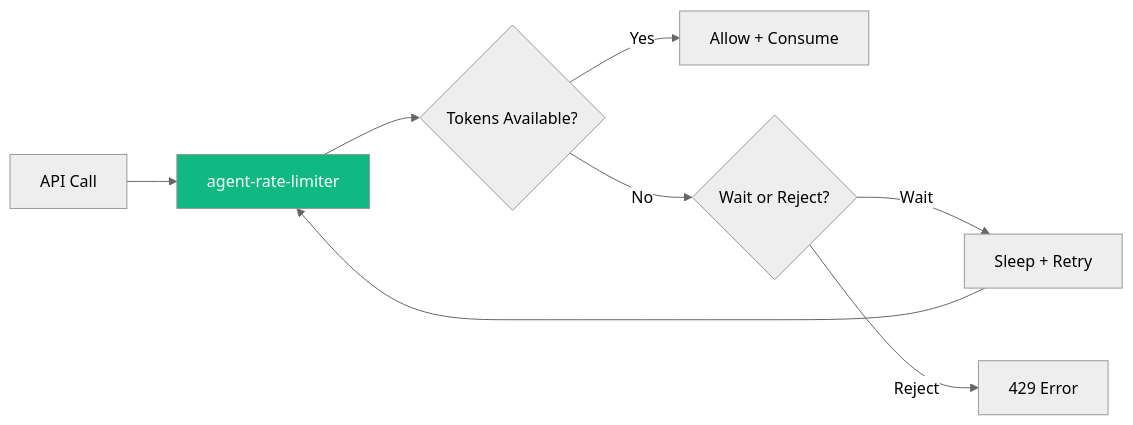
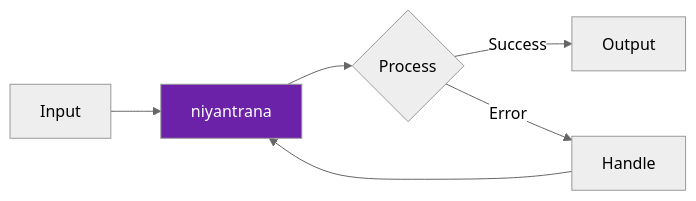
Before and after one commit to darshjme/agent-rate-limiter: the diagram in README.md, drawn with Mermaid (neutral theme). The commit also changed other lines of this file and 1 other file, not shown here.

First line of the commit message:
feat(vedic-v3): rename to niyantrana (नियंत्रण)

````diff
--- a/README.md
+++ b/README.md
@@ -48,11 +39,9 @@
 ```mermaid
 flowchart LR
-    A[API Call] --> B[agent-rate-limiter]
-    B --> C{Tokens Available?}
-    C -- Yes --> D[Allow + Consume]
-    C -- No --> E{Wait or Reject?}
-    E -- Wait --> F[Sleep + Retry]
-    E -- Reject --> G[429 Error]
-    F --> B
-    style B fill:#10b981,color:#fff
+    A[Input] --> B[niyantrana]
+    B --> C{Process}
+    C -- Success --> D[Output]
+    C -- Error --> E[Handle]
+    E --> B
+    style B fill:#6b21a8,color:#fff
 ```
````
